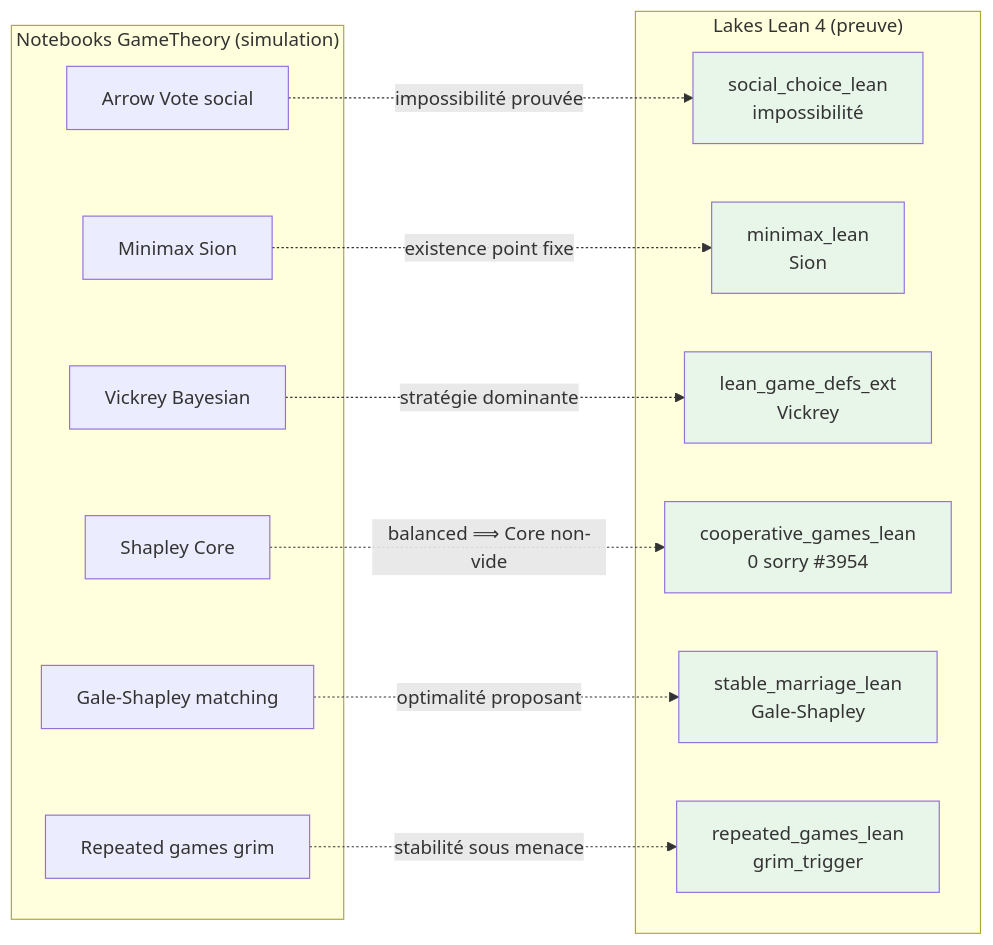
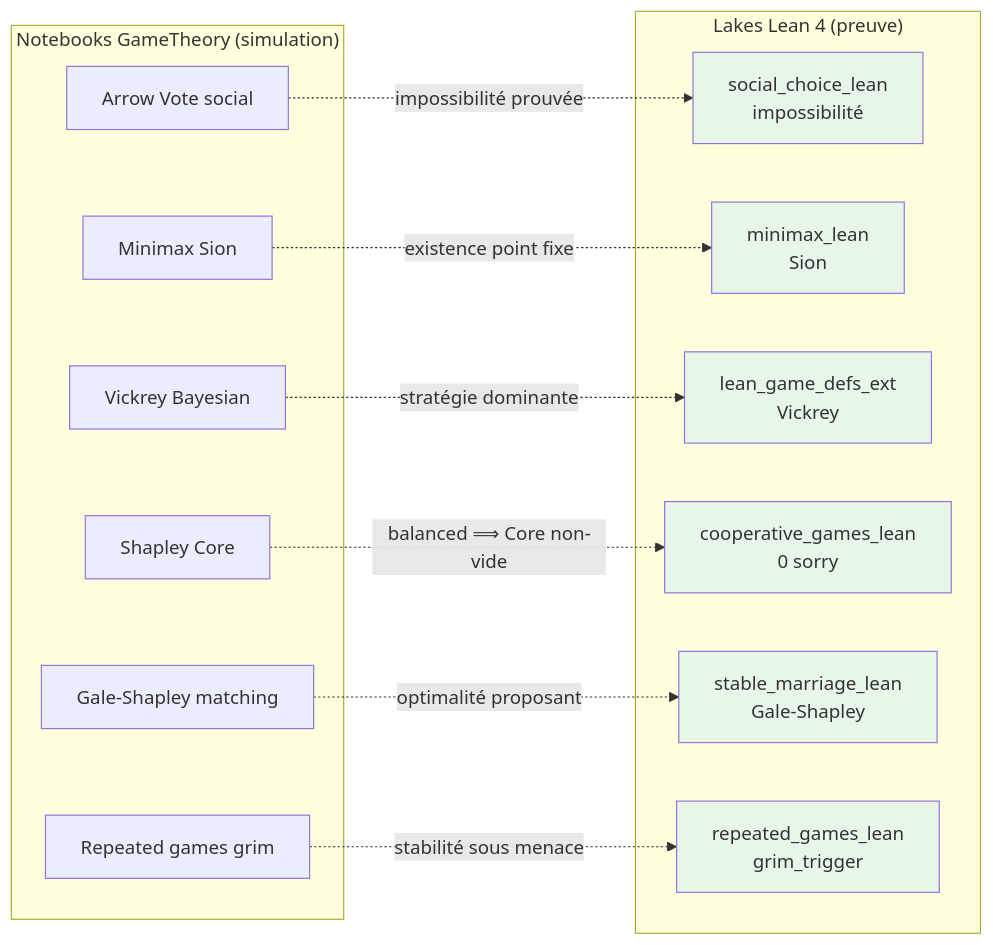
The second of 2 diagrams in MyIA.AI.Notebooks/GameTheory/README.md (jsboige/CoursIA), drawn with Mermaid before and after one commit. The commit also changed other lines of this file, not shown here.

````diff
--- a/MyIA.AI.Notebooks/GameTheory/README.md
+++ b/MyIA.AI.Notebooks/GameTheory/README.md
@@ -637,31 +641,31 @@
 ```mermaid
 flowchart LR
     subgraph SIM["Notebooks GameTheory (simulation)"]
         N1["Arrow Vote social"]
         N2["Minimax Sion"]
         N3["Vickrey Bayesian"]
         N4["Shapley Core"]
         N5["Gale-Shapley matching"]
         N6["Repeated games grim"]
     end
     subgraph LEAN["Lakes Lean 4 (preuve)"]
         L1["social_choice_lean<br/>impossibilité"]
         L2["minimax_lean<br/>Sion"]
         L3["lean_game_defs_ext<br/>Vickrey"]
-        L4["cooperative_games_lean<br/>0 sorry #3954"]
+        L4["cooperative_games_lean<br/>0 sorry"]
         L5["stable_marriage_lean<br/>Gale-Shapley"]
         L6["repeated_games_lean<br/>grim_trigger"]
     end
     N1 -. "impossibilité prouvée" .-> L1
     N2 -. "existence point fixe" .-> L2
     N3 -. "stratégie dominante" .-> L3
     N4 -. "balanced ⟹ Core non-vide" .-> L4
     N5 -. "optimalité proposant" .-> L5
     N6 -. "stabilité sous menace" .-> L6
     style L1 fill:#e8f5e9
     style L2 fill:#e8f5e9
     style L3 fill:#e8f5e9
     style L4 fill:#e8f5e9
     style L5 fill:#e8f5e9
     style L6 fill:#e8f5e9
 ```
````
